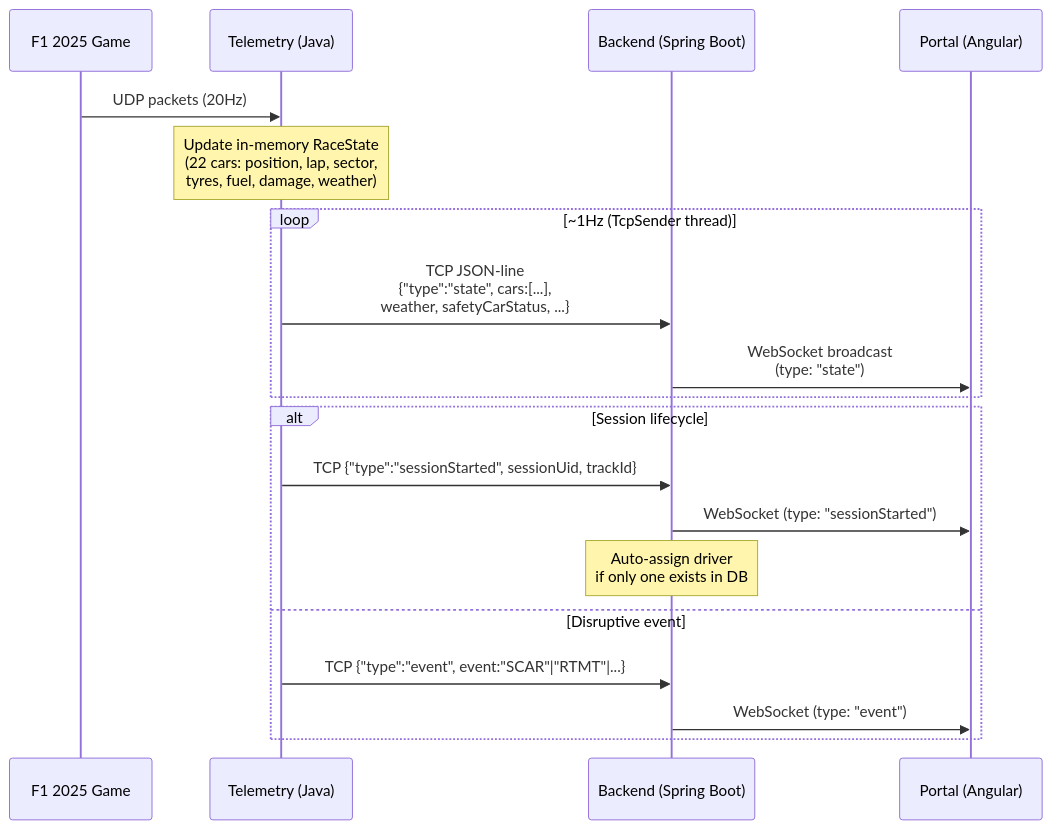
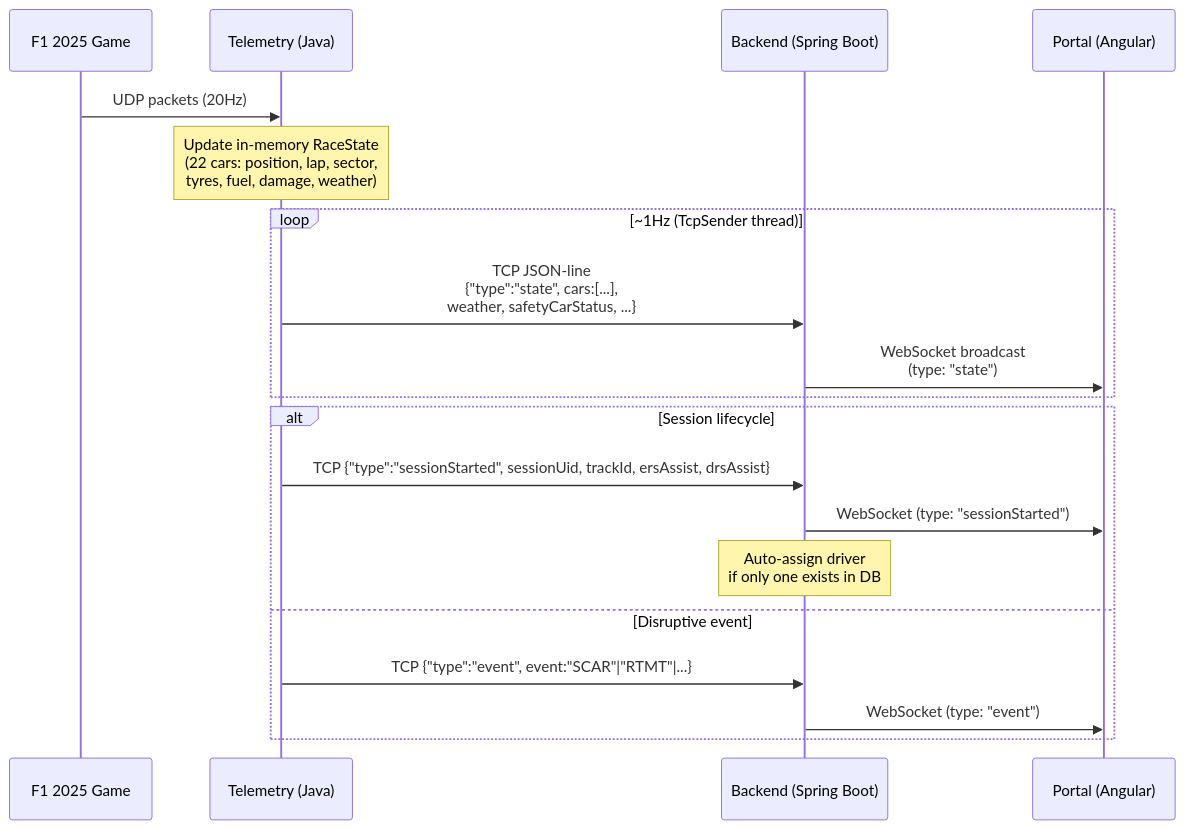
Before and after one commit to vmleon/f12025-race-strategy-simulation: the third of 7 diagrams in design/06-INTEGRATION.md, drawn with Mermaid. The commit also changed other lines of this file and 12 other files, not shown here.

Commit message:
fix: resolve telemetry FK violations, TxEventQ type mismatch, and race engineer message flooding

````diff
--- a/design/06-INTEGRATION.md
+++ b/design/06-INTEGRATION.md
@@ -55,24 +55,24 @@
 ```mermaid
 sequenceDiagram
     participant Game as F1 2025 Game
     participant Telemetry as Telemetry (Java)
     participant Backend as Backend (Spring Boot)
     participant Portal as Portal (Angular)
 
     Game->>Telemetry: UDP packets (20Hz)
     Note over Telemetry: Update in-memory RaceState<br/>(22 cars: position, lap, sector,<br/>tyres, fuel, damage, weather)
 
     loop ~1Hz (TcpSender thread)
         Telemetry->>Backend: TCP JSON-line<br/>{"type":"state", cars:[...],<br/>weather, safetyCarStatus, ...}
         Backend->>Portal: WebSocket broadcast<br/>(type: "state")
     end
 
     alt Session lifecycle
-        Telemetry->>Backend: TCP {"type":"sessionStarted", sessionUid, trackId}
+        Telemetry->>Backend: TCP {"type":"sessionStarted", sessionUid, trackId, ersAssist, drsAssist}
         Backend->>Portal: WebSocket (type: "sessionStarted")
         Note over Backend: Auto-assign driver<br/>if only one exists in DB
     else Disruptive event
         Telemetry->>Backend: TCP {"type":"event", event:"SCAR"|"RTMT"|...}
         Backend->>Portal: WebSocket (type: "event")
     end
 ```
````
